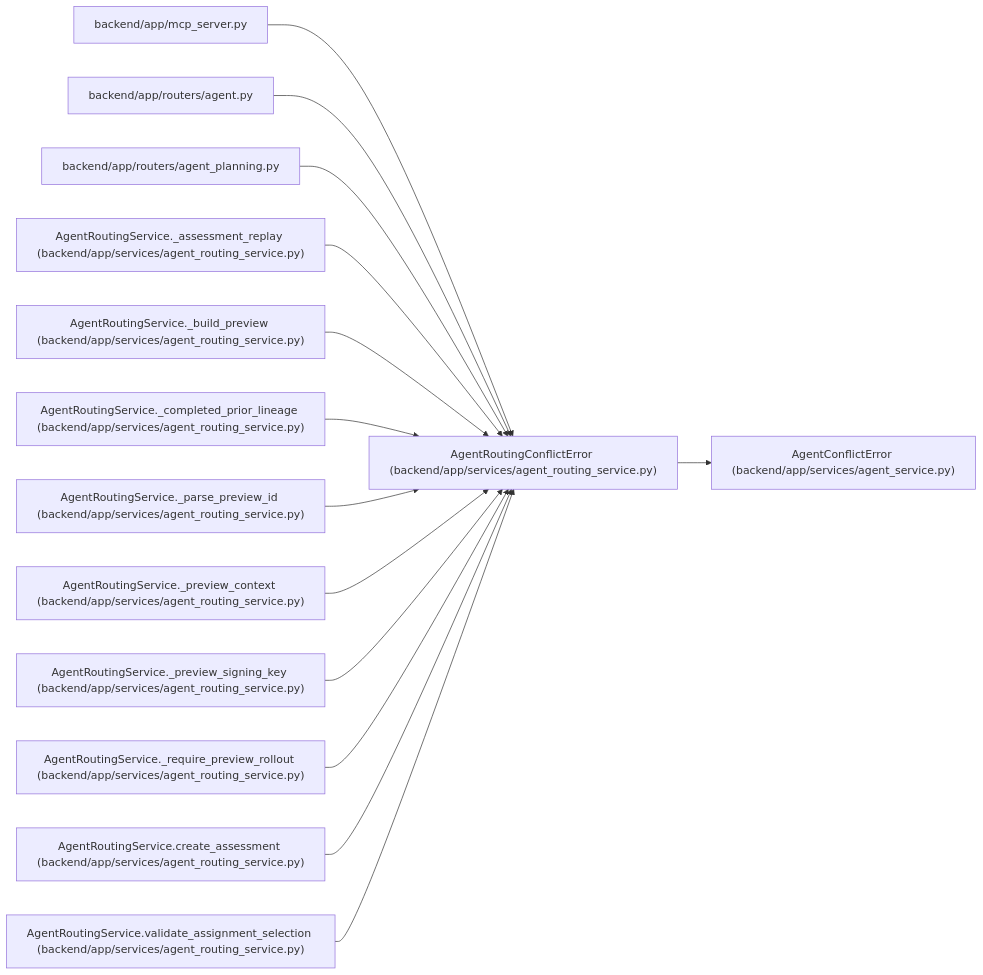
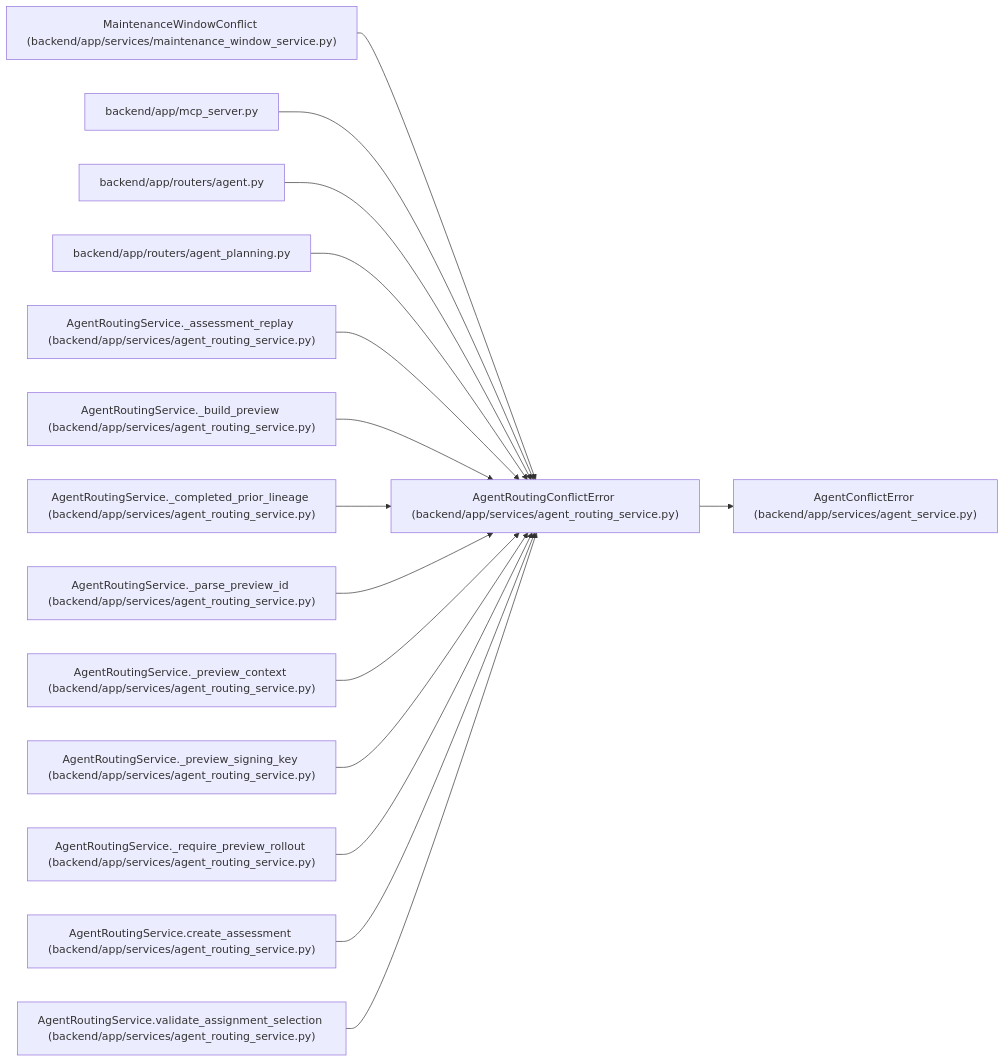
Before and after one commit to Denissvgn/WorkChord: the diagram in docs/llm_wiki/entities/AgentRoutingConflictError.md, drawn with Mermaid. The commit also changed other lines of this file and 1817 other files, not shown here.

First line of the commit message:
Refresh the architectural wiki for the 1.9.0 changes

````diff
--- a/docs/llm_wiki/entities/AgentRoutingConflictError.md
+++ b/docs/llm_wiki/entities/AgentRoutingConflictError.md
@@ -26,44 +26,47 @@
 ```mermaid
 flowchart LR
     n0["AgentRoutingConflictError (backend/app/services/agent_routing_service.py)"]
     n1["AgentConflictError (backend/app/services/agent_service.py)"]
-    n2["backend/app/mcp_server.py"]
-    n3["backend/app/routers/agent.py"]
-    n4["backend/app/routers/agent_planning.py"]
-    n5["AgentRoutingService._assessment_replay (backend/app/services/agent_routing_service.py)"]
-    n6["AgentRoutingService._build_preview (backend/app/services/agent_routing_service.py)"]
-    n7["AgentRoutingService._completed_prior_lineage (backend/app/services/agent_routing_service.py)"]
-    n8["AgentRoutingService._parse_preview_id (backend/app/services/agent_routing_service.py)"]
-    n9["AgentRoutingService._preview_context (backend/app/services/agent_routing_service.py)"]
-    n10["AgentRoutingService._preview_signing_key (backend/app/services/agent_routing_service.py)"]
-    n11["AgentRoutingService._require_preview_rollout (backend/app/services/agent_routing_service.py)"]
-    n12["AgentRoutingService.create_assessment (backend/app/services/agent_routing_service.py)"]
-    n13["AgentRoutingService.validate_assignment_selection (backend/app/services/agent_routing_service.py)"]
+    n2["MaintenanceWindowConflict (backend/app/services/maintenance_window_service.py)"]
+    n3["backend/app/mcp_server.py"]
+    n4["backend/app/routers/agent.py"]
+    n5["backend/app/routers/agent_planning.py"]
+    n6["AgentRoutingService._assessment_replay (backend/app/services/agent_routing_service.py)"]
+    n7["AgentRoutingService._build_preview (backend/app/services/agent_routing_service.py)"]
+    n8["AgentRoutingService._completed_prior_lineage (backend/app/services/agent_routing_service.py)"]
+    n9["AgentRoutingService._parse_preview_id (backend/app/services/agent_routing_service.py)"]
+    n10["AgentRoutingService._preview_context (backend/app/services/agent_routing_service.py)"]
+    n11["AgentRoutingService._preview_signing_key (backend/app/services/agent_routing_service.py)"]
+    n12["AgentRoutingService._require_preview_rollout (backend/app/services/agent_routing_service.py)"]
+    n13["AgentRoutingService.create_assessment (backend/app/services/agent_routing_service.py)"]
+    n14["AgentRoutingService.validate_assignment_selection (backend/app/services/agent_routing_service.py)"]
     n0 --> n1
     n2 --> n0
     n3 --> n0
     n4 --> n0
     n5 --> n0
     n6 --> n0
     n7 --> n0
     n8 --> n0
     n9 --> n0
     n10 --> n0
     n11 --> n0
     n12 --> n0
     n13 --> n0
+    n14 --> n0
     click n0 "../modules/agent_routing_service.md"
     click n1 "../modules/agent_service.md"
-    click n2 "../modules/mcp_server.md"
-    click n3 "../modules/routers_agent.md"
-    click n4 "../modules/routers_agent_planning.md"
-    click n5 "../modules/agent_routing_service.md"
+    click n2 "../modules/maintenance_window_service.md"
+    click n3 "../modules/mcp_server.md"
+    click n4 "../modules/routers_agent.md"
+    click n5 "../modules/routers_agent_planning.md"
     click n6 "../modules/agent_routing_service.md"
     click n7 "../modules/agent_routing_service.md"
     click n8 "../modules/agent_routing_service.md"
     click n9 "../modules/agent_routing_service.md"
     click n10 "../modules/agent_routing_service.md"
     click n11 "../modules/agent_routing_service.md"
     click n12 "../modules/agent_routing_service.md"
     click n13 "../modules/agent_routing_service.md"
+    click n14 "../modules/agent_routing_service.md"
 ```
````
